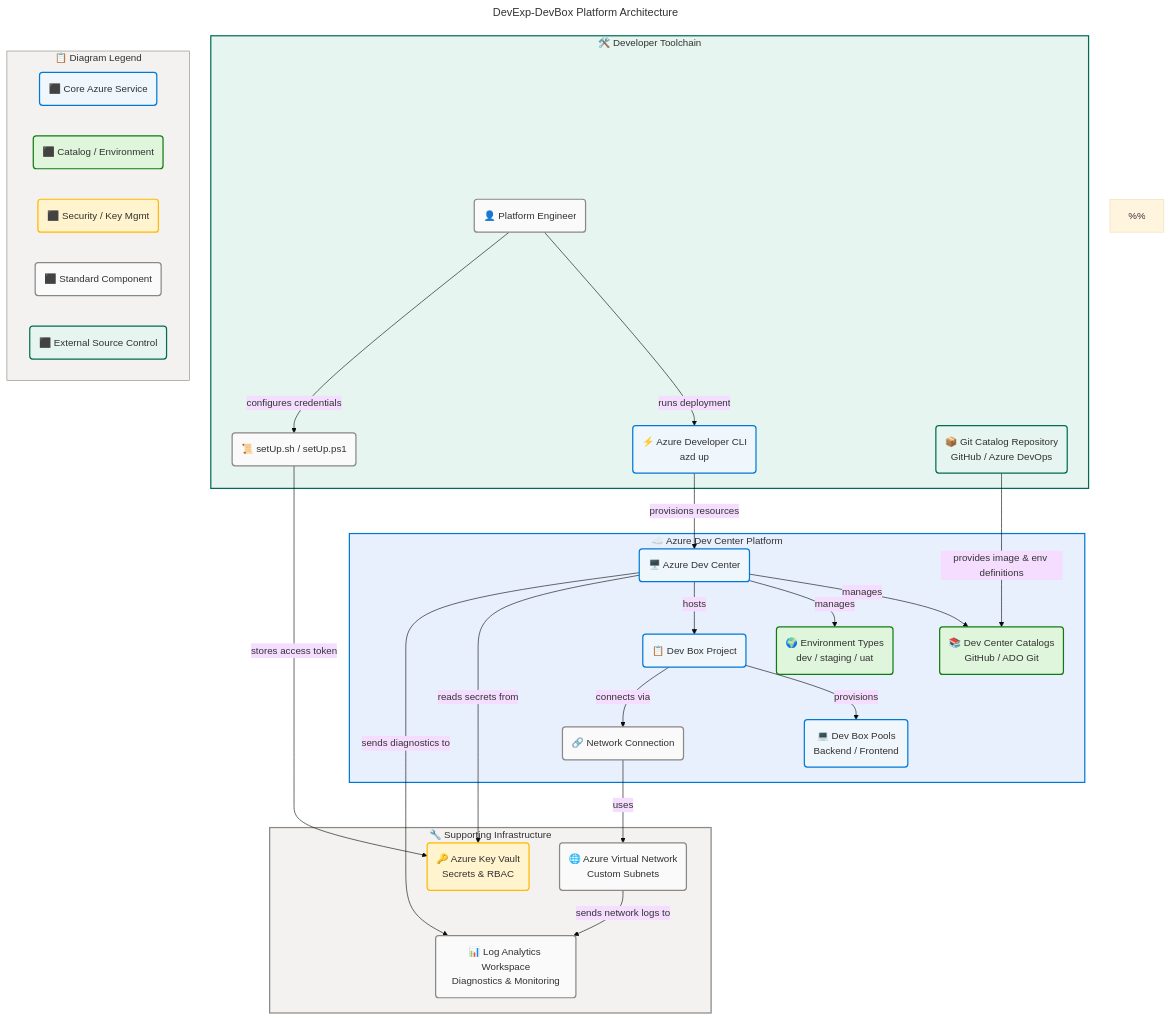
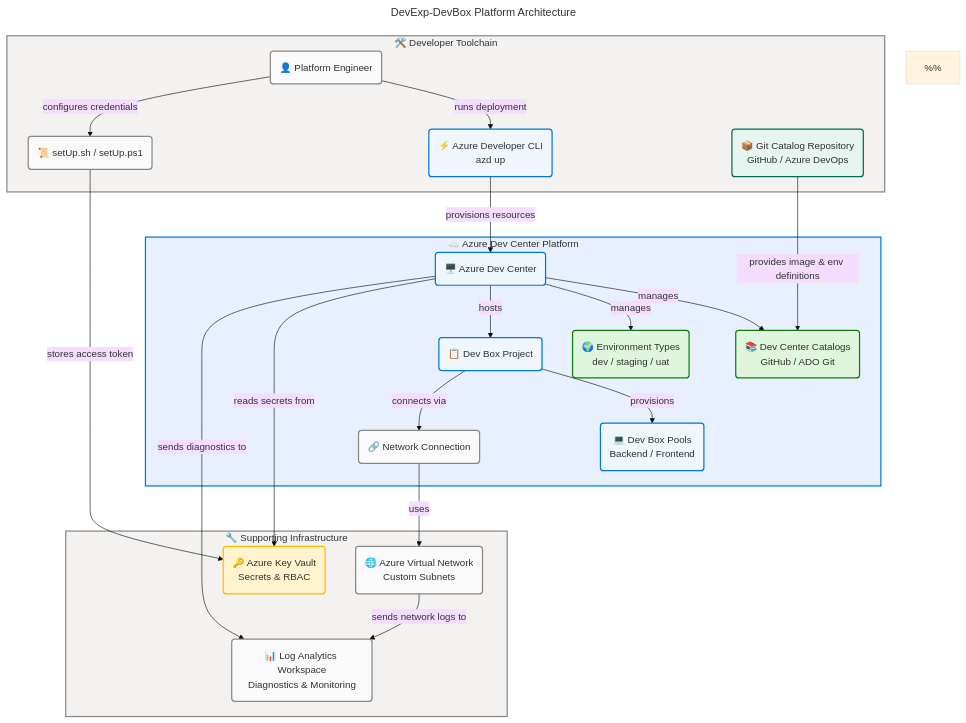
One commit to Evilazaro/DevExp-DevBox changed the diagram in README.md. Above: the diagram before and after it, drawn with Mermaid.

Commit message:
Refactor diagram in README.md by removing legend and updating styles for improved clarity

```diff
--- a/README.md
+++ b/README.md
@@ -141,14 +141,6 @@
         VNet("🌐 Azure Virtual Network<br/>Custom Subnets"):::neutral
     end
 
-    subgraph legend ["📋 Diagram Legend"]
-        Lcore("⬛ Core Azure Service"):::core
-        Lsuccess("⬛ Catalog / Environment"):::success
-        Lwarning("⬛ Security / Key Mgmt"):::warning
-        Lneutral("⬛ Standard Component"):::neutral
-        Lexternal("⬛ External Source Control"):::external
-    end
-
     Developer -->|"runs deployment"| AzdCLI
     Developer -->|"configures credentials"| SetupScript
     AzdCLI -->|"provisions resources"| DC
@@ -164,10 +156,9 @@
     NetConn -->|"uses"| VNet
     VNet -->|"sends network logs to"| LogAnalytics
 
-    style devtools fill:#E6F5F0,stroke:#036B52,stroke-width:2px,color:#323130
+    style devtools fill:#F3F2F1,stroke:#8A8886,stroke-width:2px,color:#323130
     style devcenter fill:#E8F0FE,stroke:#0078D4,stroke-width:2px,color:#323130
     style support fill:#F3F2F1,stroke:#8A8886,stroke-width:2px,color:#323130
-    style legend fill:#F3F2F1,stroke:#8A8886,stroke-width:1px,color:#323130
 
     %% Centralized semantic classDefs (Phase 5 compliant)
     classDef core fill:#EFF6FC,stroke:#0078D4,stroke-width:2px,color:#323130
```
